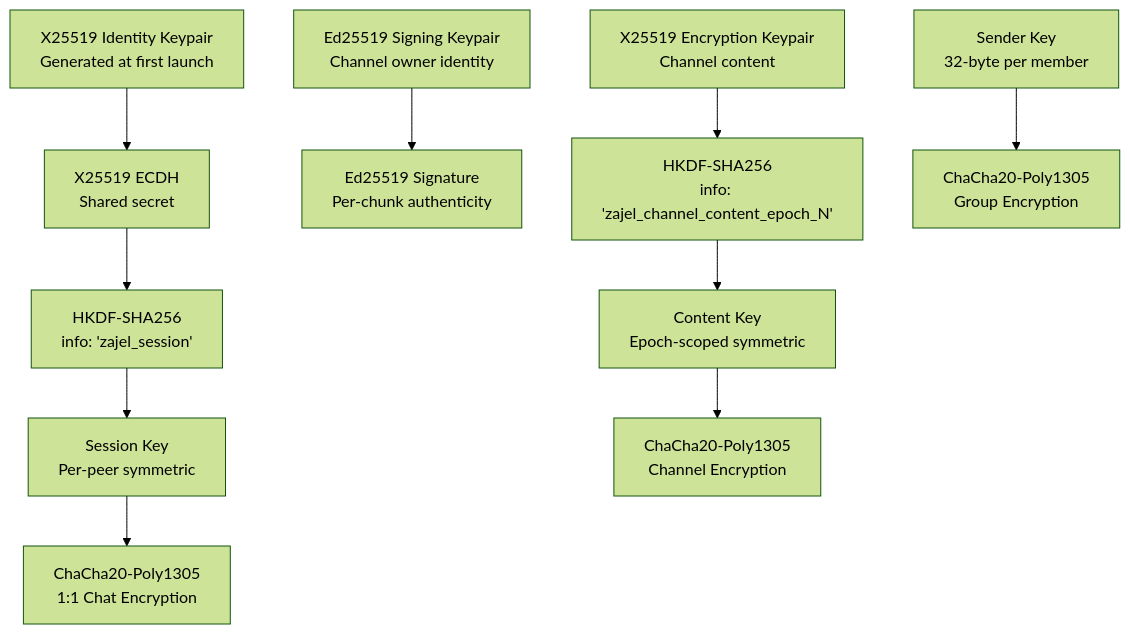
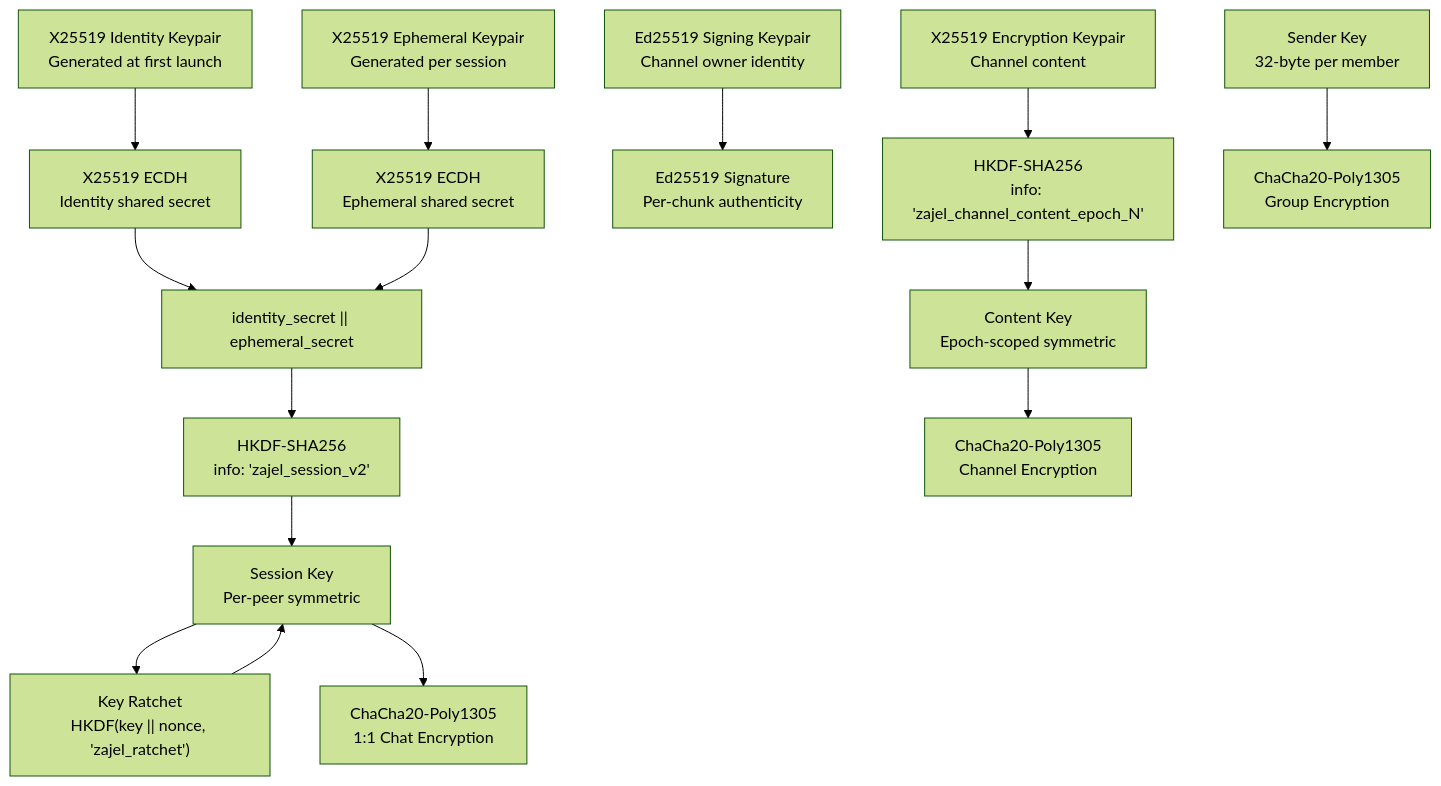
One commit to Hamza-Labs-Core/zajel changed the diagram in packages/wiki/Security-Architecture.md. Above: the diagram before and after it, drawn with Mermaid (forest theme). The commit also changed other lines of this file and 15 other files, not shown here.

````diff
--- a/packages/wiki/Security-Architecture.md
+++ b/packages/wiki/Security-Architecture.md
@@ -9,14 +9,19 @@
 ```mermaid
 graph TD
-    IK["X25519 Identity Keypair<br/>Generated at first launch"] --> ECDH["X25519 ECDH<br/>Shared secret"]
-    ECDH --> HKDF1["HKDF-SHA256<br/>info: 'zajel_session'"]
+    IK["X25519 Identity Keypair<br/>Generated at first launch"] --> ECDH1["X25519 ECDH<br/>Identity shared secret"]
+    EK["X25519 Ephemeral Keypair<br/>Generated per session"] --> ECDH2["X25519 ECDH<br/>Ephemeral shared secret"]
+    ECDH1 --> CONCAT["identity_secret || ephemeral_secret"]
+    ECDH2 --> CONCAT
+    CONCAT --> HKDF1["HKDF-SHA256<br/>info: 'zajel_session_v2'"]
     HKDF1 --> SK["Session Key<br/>Per-peer symmetric"]
+    SK --> RATCHET["Key Ratchet<br/>HKDF(key || nonce, 'zajel_ratchet')"]
+    RATCHET --> SK
     SK --> CC1["ChaCha20-Poly1305<br/>1:1 Chat Encryption"]
 
     CSK["Ed25519 Signing Keypair<br/>Channel owner identity"] --> SIG["Ed25519 Signature<br/>Per-chunk authenticity"]
     CEK["X25519 Encryption Keypair<br/>Channel content"] --> HKDF2["HKDF-SHA256<br/>info: 'zajel_channel_content_epoch_N'"]
     HKDF2 --> CK["Content Key<br/>Epoch-scoped symmetric"]
     CK --> CC2["ChaCha20-Poly1305<br/>Channel Encryption"]
 
     GSK["Sender Key<br/>32-byte per member"] --> CC3["ChaCha20-Poly1305<br/>Group Encryption"]
 ```
````
